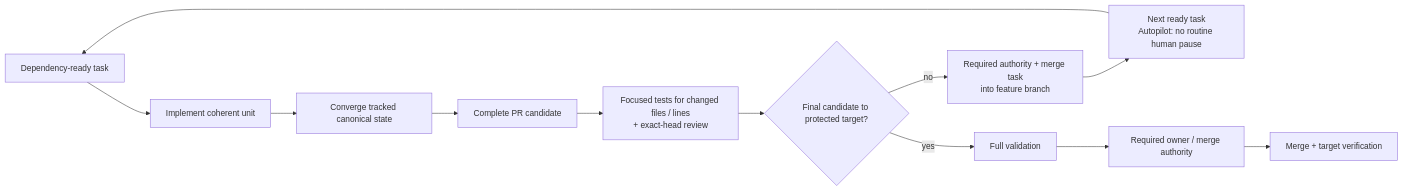
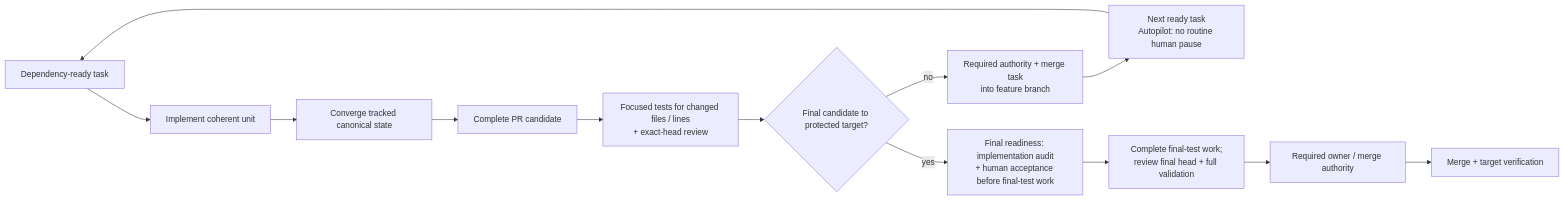
The ninth of 16 diagrams in README.md (hhhhhusky777/spec-driven-delivery-playbook), drawn with Mermaid before and after one commit. The commit also changed other lines of this file and 3 other files, not shown here.

Commit message:
Reconcile final-readiness guidance and stale documentation

````diff
--- a/README.md
+++ b/README.md
@@ -478,14 +474,15 @@
 ```mermaid
 flowchart LR
     R["Dependency-ready task"] --> I["Implement coherent unit"]
     I --> C["Converge tracked canonical state"]
     C --> PR["Complete PR candidate"]
     PR --> A["Focused tests for changed files / lines<br/>+ exact-head review"]
     A --> G{"Final candidate to protected target?"}
     G -->|"no"| T["Required authority + merge task<br/>into feature branch"]
     T --> N["Next ready task<br/>Autopilot: no routine human pause"]
     N --> R
-    G -->|"yes"| V["Full validation"]
+    G -->|"yes"| F["Final readiness: implementation audit<br/>+ human acceptance before final-test work"]
+    F --> V["Complete final-test work;<br/>review final head + full validation"]
     V --> H["Required owner / merge authority"]
     H --> M["Merge + target verification"]
 ```
````
